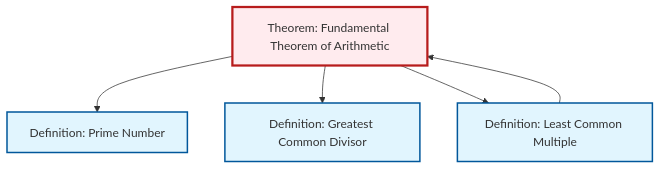
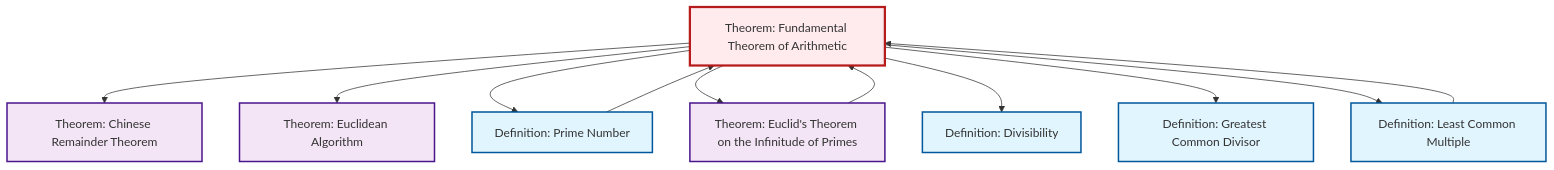
The diagram in content/ja/number-theory/thm-fundamental-arithmetic.qmd (RK0429/ModernMath), drawn with Mermaid before and after one commit. The commit also changed other lines of this file and 654 other files, not shown here.

````diff
--- a/content/ja/number-theory/thm-fundamental-arithmetic.qmd
+++ b/content/ja/number-theory/thm-fundamental-arithmetic.qmd
@@ -65,21 +73,35 @@
 ```{mermaid}
 %%| fig-cap: "Local dependency graph"
 graph TD
     classDef definition fill:#e1f5fe,stroke:#01579b,stroke-width:2px
     classDef theorem fill:#f3e5f5,stroke:#4a148c,stroke-width:2px
     classDef axiom fill:#fff3e0,stroke:#e65100,stroke-width:2px
     classDef example fill:#e8f5e9,stroke:#1b5e20,stroke-width:2px
     classDef current fill:#ffebee,stroke:#b71c1c,stroke-width:3px
+    thm-chinese-remainder["Theorem: Chinese Remainder Theorem"]:::theorem
+    thm-euclidean-algorithm["Theorem: Euclidean Algorithm"]:::theorem
+    def-gcd["Definition: Greatest Common Divisor"]:::definition
+    def-divisibility["Definition: Divisibility"]:::definition
     thm-fundamental-arithmetic["Theorem: Fundamental Theorem of Arithmetic"]:::theorem
-    def-gcd["Definition: Greatest Common Divisor"]:::definition
+    thm-euclid-infinitude-primes["Theorem: Euclid's Theorem on the Infinitude of Primes"]:::theorem
     def-lcm["Definition: Least Common Multiple"]:::definition
     def-prime["Definition: Prime Number"]:::definition
+    def-prime --> thm-fundamental-arithmetic
+    thm-fundamental-arithmetic --> thm-chinese-remainder
+    thm-fundamental-arithmetic --> thm-euclidean-algorithm
     thm-fundamental-arithmetic --> def-prime
     def-lcm --> thm-fundamental-arithmetic
+    thm-fundamental-arithmetic --> thm-euclid-infinitude-primes
+    thm-euclid-infinitude-primes --> thm-fundamental-arithmetic
+    thm-fundamental-arithmetic --> def-divisibility
     thm-fundamental-arithmetic --> def-gcd
     thm-fundamental-arithmetic --> def-lcm
     class thm-fundamental-arithmetic current
+    click thm-chinese-remainder "thm-chinese-remainder.html" "Theorem: Chinese Remainder Theoremへ"
+    click thm-euclidean-algorithm "thm-euclidean-algorithm.html" "Theorem: Euclidean Algorithmへ"
     click def-gcd "def-gcd.html" "Definition: Greatest Common Divisorへ"
+    click def-divisibility "def-divisibility.html" "Definition: Divisibilityへ"
+    click thm-euclid-infinitude-primes "thm-euclid-infinitude-primes.html" "Theorem: Euclid's Theorem on the Infinitude of Primesへ"
     click def-lcm "def-lcm.html" "Definition: Least Common Multipleへ"
     click def-prime "def-prime.html" "Definition: Prime Numberへ"
 ```
````
